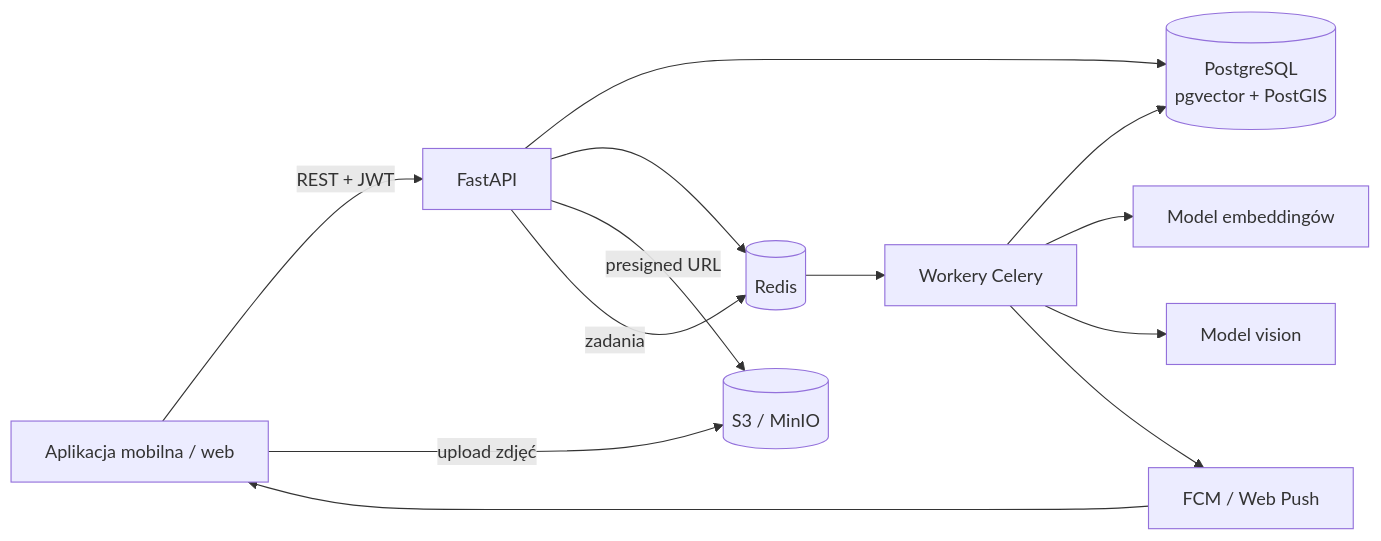
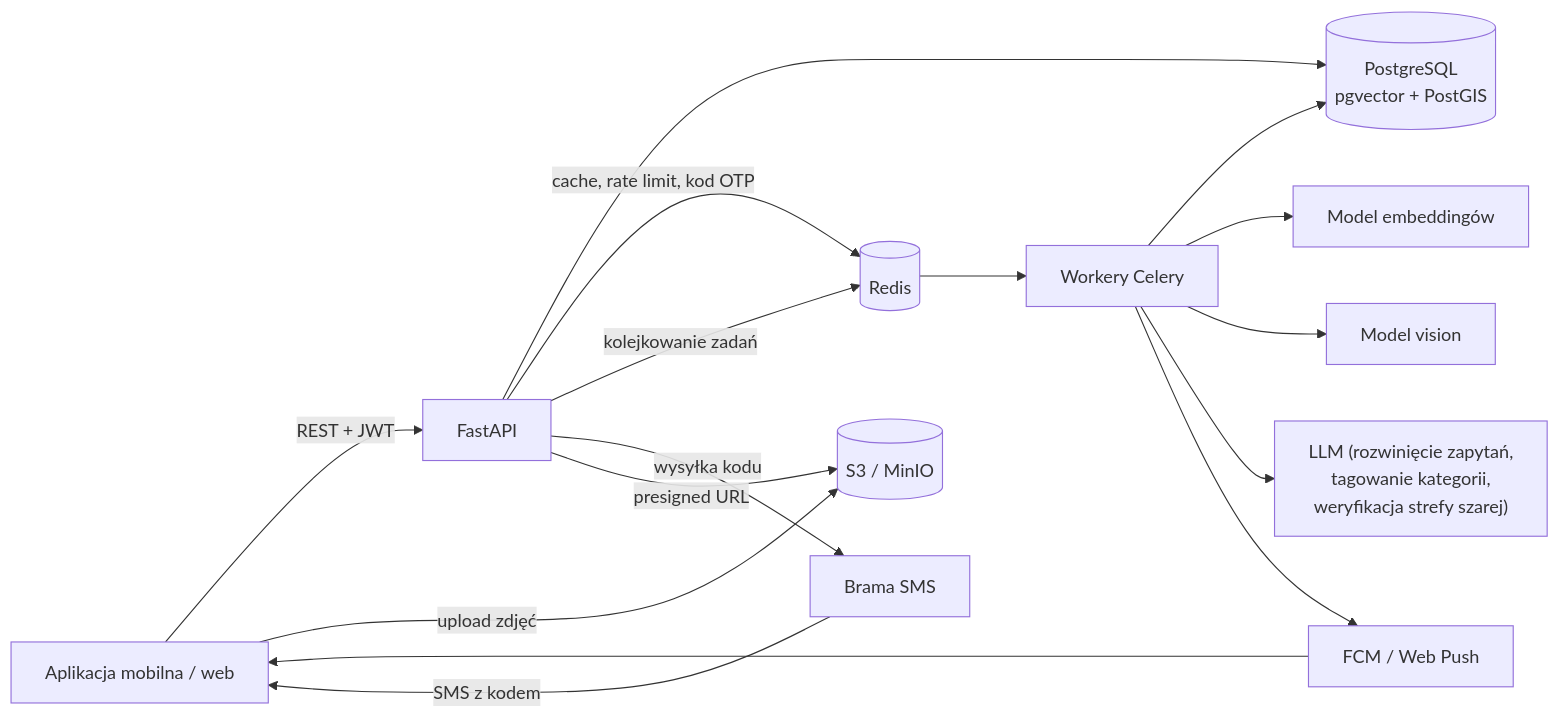
One commit to LastMinuteGameStudio/smieciarka.pl changed the first of 3 diagrams in README.md. Above: the diagram before and after it, drawn with Mermaid. The commit also changed other lines of this file, not shown here.

````diff
--- a/README.md
+++ b/README.md
@@ -89,15 +98,18 @@
 ```mermaid
 flowchart LR
     Client[Aplikacja mobilna / web] -->|REST + JWT| API[FastAPI]
     API --> PG[(PostgreSQL<br/>pgvector + PostGIS)]
-    API --> Redis[(Redis)]
+    API -->|cache, rate limit, kod OTP| Redis[(Redis)]
+    API -->|kolejkowanie zadań| Redis
+    API -->|wysyłka kodu| SMS[Brama SMS]
+    SMS -->|SMS z kodem| Client
     API -->|presigned URL| S3[(S3 / MinIO)]
     Client -->|upload zdjęć| S3
-    API -->|zadania| Redis
     Redis --> Worker[Workery Celery]
     Worker --> PG
     Worker --> Emb[Model embeddingów]
     Worker --> Vision[Model vision]
+    Worker --> LLM["LLM (rozwinięcie zapytań,<br/>tagowanie kategorii,<br/>weryfikacja strefy szarej)"]
     Worker --> Push[FCM / Web Push]
     Push --> Client
 ```
````
